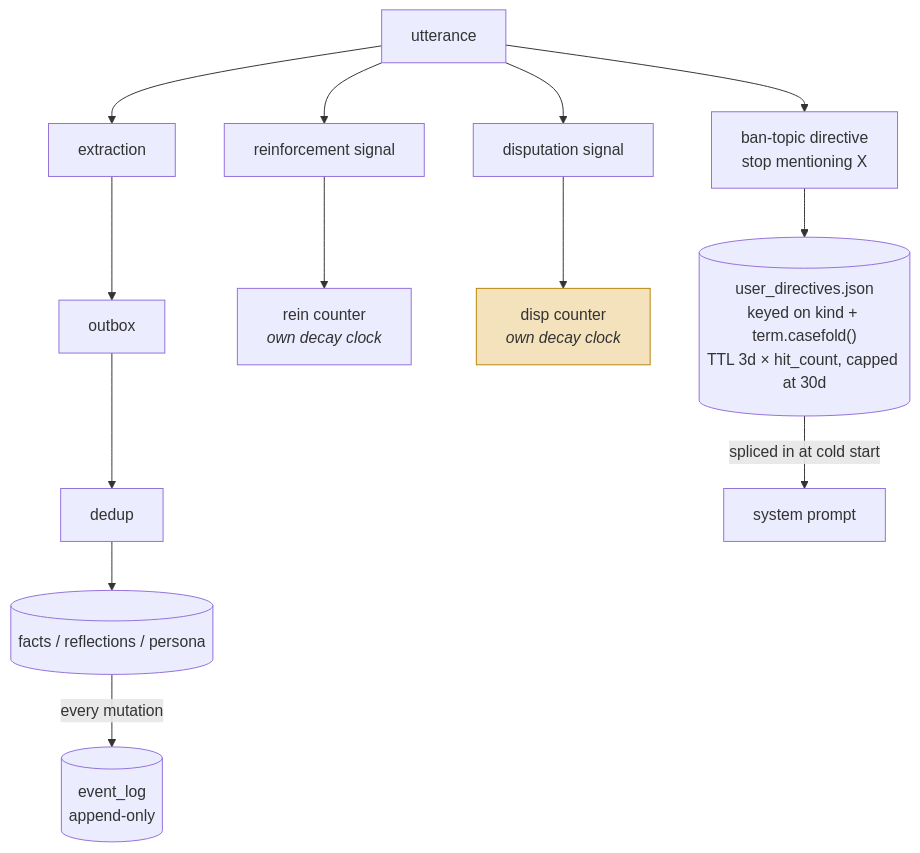
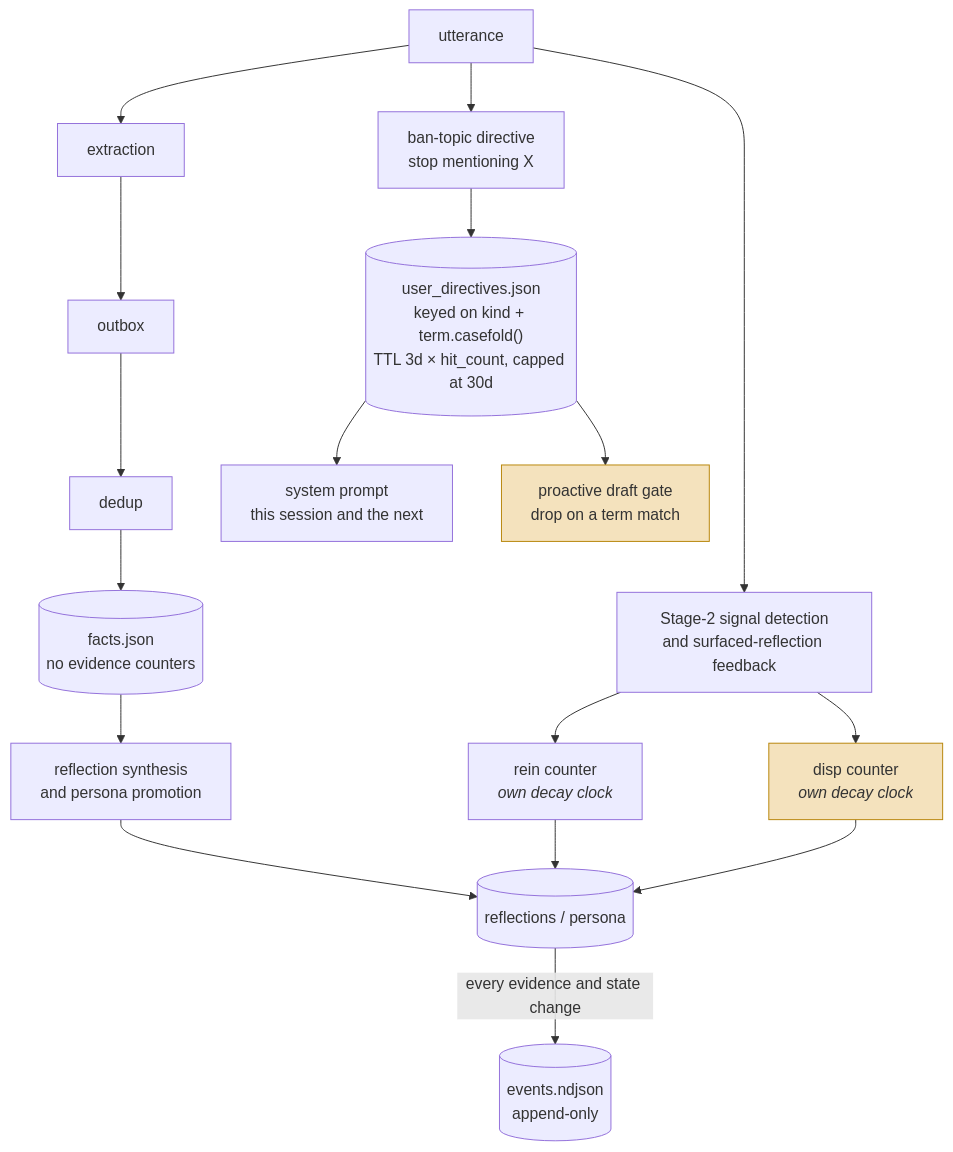
Before and after one commit to neoneye/agent-memory-atlas: the first of 3 diagrams in content/systems/neko.md, drawn with Mermaid. The commit also changed other lines of this file and 12 other files, not shown here.

First line of the commit message:
Re-read N.E.K.O at bcdd5c2: the ban list filters drafts, not recall; marks hold

````diff
--- a/content/systems/neko.md
+++ b/content/systems/neko.md
@@ -113,16 +131,20 @@
 ```mermaid
-%% caption: reinforcement and disputation are separate counters on separate decay clocks, every mutation appends to the event log, and a ban-topic directive expires after three days
+%% caption: reinforcement and disputation are separate counters on reflections and persona entries, whose changes go through the event log while facts do not, and a ban-topic directive reaches the prompt and a hard gate on proactive drafts
 flowchart TB
-    U["utterance"] --> EX["extraction"]
-    EX --> OB["outbox"] --> DD["dedup"] --> ST[("facts / reflections / persona")]
-    ST -->|"every mutation"| EL[("event_log<br/>append-only")]
-
-    U --> RS["reinforcement signal"] --> RC["rein counter<br/><i>own decay clock</i>"]
-    U --> DS["disputation signal"] --> DC["disp counter<br/><i>own decay clock</i>"]
+    U["utterance"] --> EX["extraction"] --> OB["outbox"] --> DD["dedup"] --> FA[("facts.json<br/>no evidence counters")]
+    FA --> SY["reflection synthesis<br/>and persona promotion"] --> RP[("reflections / persona")]
+    U --> S2["Stage-2 signal detection<br/>and surfaced-reflection feedback"]
+    S2 --> RC["rein counter<br/><i>own decay clock</i>"]
+    S2 --> DC["disp counter<br/><i>own decay clock</i>"]
+    RC --> RP
+    DC --> RP
+    RP -->|"every evidence and state change"| EL[("events.ndjson<br/>append-only")]
 
     U --> BT["ban-topic directive<br/>stop mentioning X"]
     BT --> UD[("user_directives.json<br/>keyed on kind + term.casefold()<br/>TTL 3d × hit_count, capped at 30d")]
-    UD -->|"spliced in at cold start"| SP["system prompt"]
+    UD --> SP["system prompt<br/>this session and the next"]
+    UD --> PG["proactive draft gate<br/>drop on a term match"]
 
     style DC fill:#f4e2bd,stroke:#b8860b
+    style PG fill:#f4e2bd,stroke:#b8860b
 ```
````
